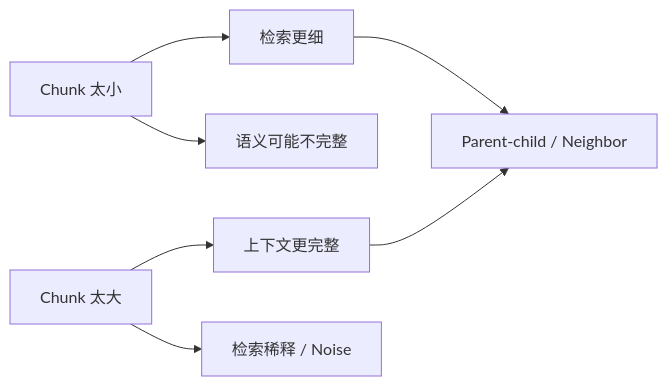
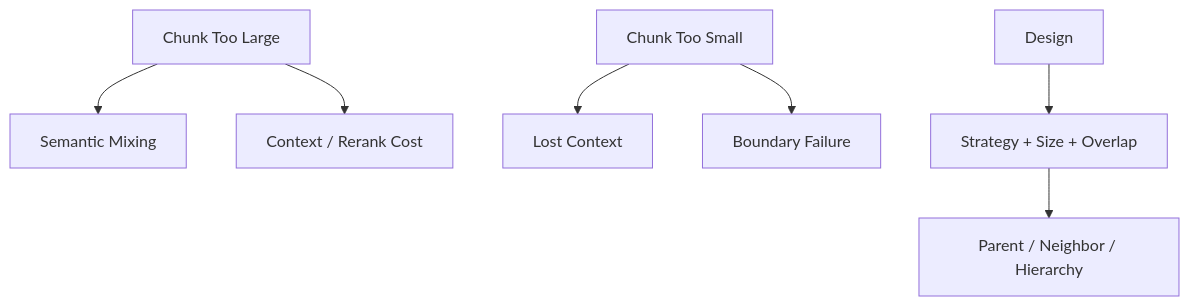
Before and after one commit to studyzhige-ui/ai-application-interview-handbook: the second of 6 diagrams in rag/review/README.md, drawn with Mermaid. The commit also changed other lines of this file, not shown here.

````diff
--- a/rag/review/README.md
+++ b/rag/review/README.md
@@ -32,9 +31,9 @@
 ```mermaid
-flowchart LR
-    A["Chunk 太小"] --> B["检索更细"]
-    A --> C["语义可能不完整"]
-    D["Chunk 太大"] --> E["上下文更完整"]
-    D --> F["检索稀释 / Noise"]
-    B --> G["Parent-child / Neighbor"]
-    E --> G
+flowchart TD
+    A["Chunk Too Large"] --> A1["Semantic Mixing"]
+    A --> A2["Context / Rerank Cost"]
+    B["Chunk Too Small"] --> B1["Lost Context"]
+    B --> B2["Boundary Failure"]
+    C["Design"] --> D["Strategy + Size + Overlap"]
+    D --> E["Parent / Neighbor / Hierarchy"]
 ```
````
